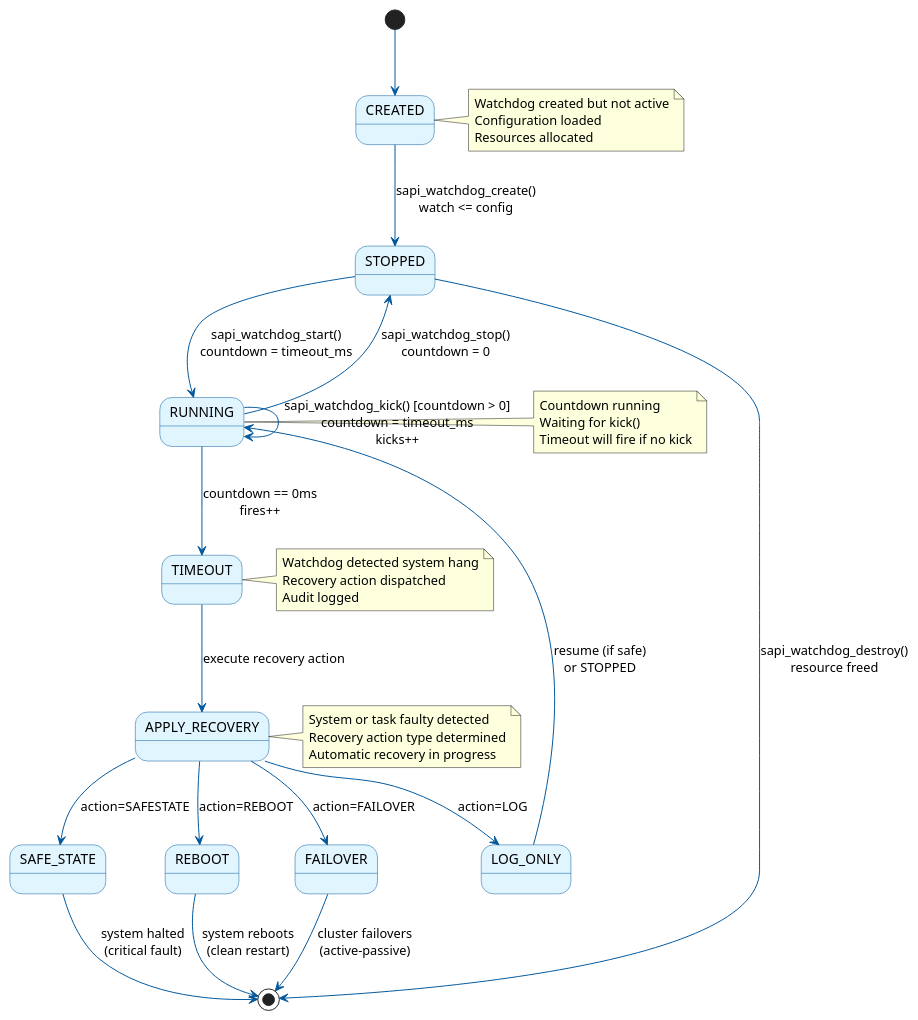
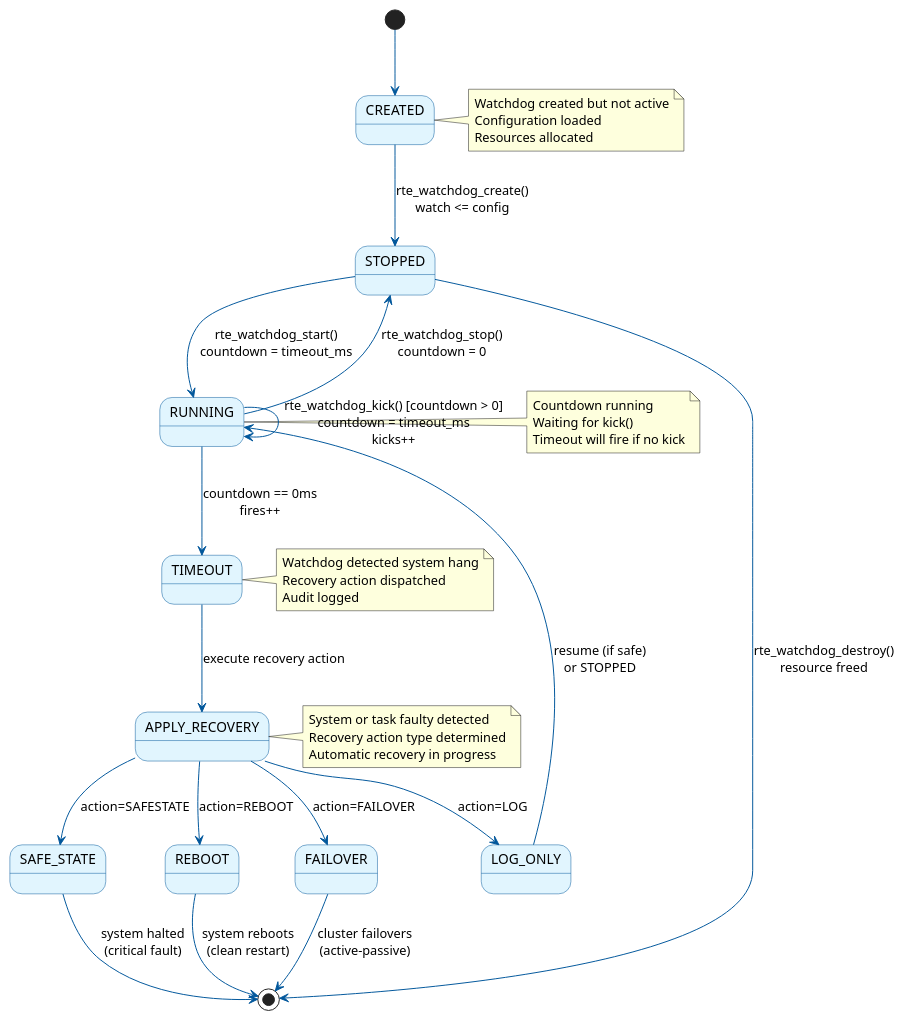
The diagram in docs/architecture/diagrams/statemachine-watchdog.puml (bula173/Platform_RTE), drawn with PlantUML before and after one commit. The commit also changed 415 other files, not shown here.

First line of the commit message:
refactor: rename sapi_/SAPI_ prefix to rte_/RTE_

```diff
--- a/docs/architecture/diagrams/statemachine-watchdog.puml
+++ b/docs/architecture/diagrams/statemachine-watchdog.puml
@@ -1,61 +1,61 @@
 @startuml statemachine-watchdog
 skinparam state {
     BackgroundColor #E1F5FE
     BorderColor #01579B
     ArrowColor #01579B
 }
 
 [*] --> CREATED
 
-CREATED --> STOPPED: sapi_watchdog_create()\nwatch <= config
+CREATED --> STOPPED: rte_watchdog_create()\nwatch <= config
 
-STOPPED --> RUNNING: sapi_watchdog_start()\ncountdown = timeout_ms
+STOPPED --> RUNNING: rte_watchdog_start()\ncountdown = timeout_ms
 
-RUNNING --> RUNNING: sapi_watchdog_kick() [countdown > 0]\ncountdown = timeout_ms\nkicks++
+RUNNING --> RUNNING: rte_watchdog_kick() [countdown > 0]\ncountdown = timeout_ms\nkicks++
 
 RUNNING --> TIMEOUT: countdown == 0ms\nfires++
 
 TIMEOUT --> APPLY_RECOVERY: execute recovery action
 
 APPLY_RECOVERY --> SAFE_STATE: action=SAFESTATE
 APPLY_RECOVERY --> REBOOT: action=REBOOT
 APPLY_RECOVERY --> FAILOVER: action=FAILOVER
 APPLY_RECOVERY --> LOG_ONLY: action=LOG
 
 SAFE_STATE --> [*]: system halted\n(critical fault)
 
 REBOOT --> [*]: system reboots\n(clean restart)
 
 FAILOVER --> [*]: cluster failovers\n(active-passive)
 
 LOG_ONLY --> RUNNING: resume (if safe)\nor STOPPED
 
-RUNNING --> STOPPED: sapi_watchdog_stop()\ncountdown = 0
+RUNNING --> STOPPED: rte_watchdog_stop()\ncountdown = 0
 
-STOPPED --> [*]: sapi_watchdog_destroy()\nresource freed
+STOPPED --> [*]: rte_watchdog_destroy()\nresource freed
 
 note right of CREATED
   Watchdog created but not active
   Configuration loaded
   Resources allocated
 end note
 
 note right of RUNNING
   Countdown running
   Waiting for kick()
   Timeout will fire if no kick
 end note
 
 note right of TIMEOUT
   Watchdog detected system hang
   Recovery action dispatched
   Audit logged
 end note
 
 note right of APPLY_RECOVERY
   System or task faulty detected
   Recovery action type determined
   Automatic recovery in progress
 end note
 
 @enduml
```
